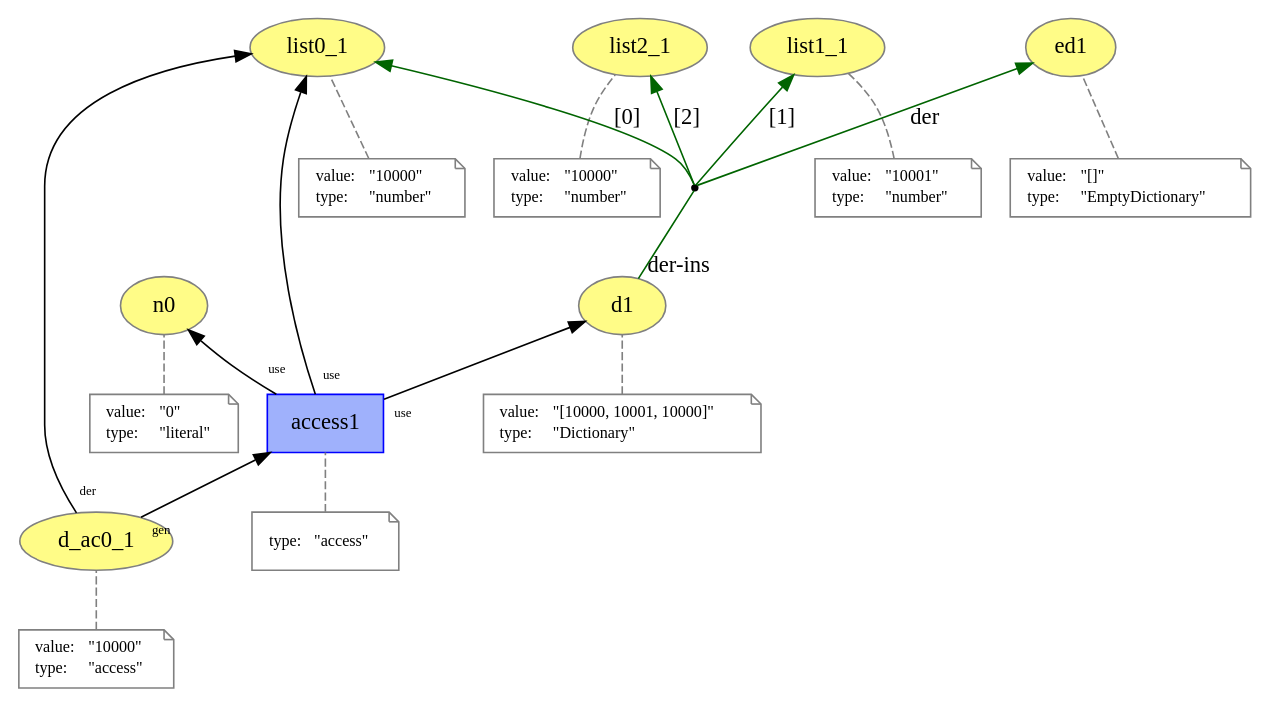
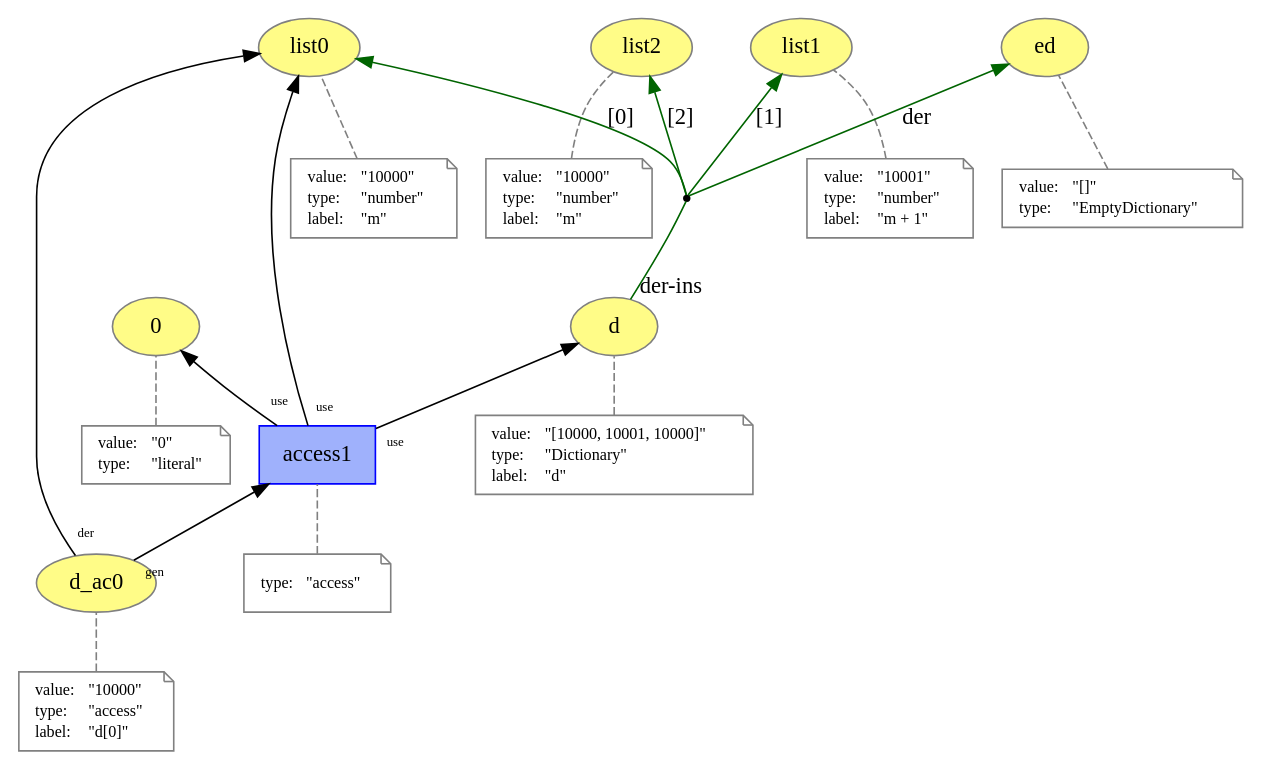
One commit to dew-uff/versioned-prov changed the diagram in prov_dictionary/access.dot. Above: the diagram before and after it, drawn with Graphviz. The commit also changed 51 other files, not shown here.

```diff
--- a/prov_dictionary/access.dot
+++ b/prov_dictionary/access.dot
@@ -1,105 +1,125 @@
 digraph "PROV" { size="16,12"; rankdir="BT";
-"http://example.org/list0_1" [fillcolor="#FFFC87",color="#808080",style="filled",label="list0_1",URL="http://example.org/list0_1"]
+"http://example.org/list0" [fillcolor="#FFFC87",color="#808080",style="filled",label="list0",URL="http://example.org/list0"]
 "-attrs0" [color="gray",shape="note",fontsize="10",fontcolor="black",label=<<TABLE cellpadding="0" border="0">
 	<TR>
 	    <TD align="left">value:</TD>
 	    <TD align="left">&quot;10000&quot;</TD>
 	</TR>
 	<TR>
 	    <TD align="left">type:</TD>
 	    <TD align="left">&quot;number&quot;</TD>
 	</TR>
+	<TR>
+	    <TD align="left">label:</TD>
+	    <TD align="left">&quot;m&quot;</TD>
+	</TR>
 </TABLE>>]
-"-attrs0" -> "http://example.org/list0_1" [color="gray",style="dashed",arrowhead="none"]
-"http://example.org/list1_1" [fillcolor="#FFFC87",color="#808080",style="filled",label="list1_1",URL="http://example.org/list1_1"]
+"-attrs0" -> "http://example.org/list0" [color="gray",style="dashed",arrowhead="none"]
+"http://example.org/list1" [fillcolor="#FFFC87",color="#808080",style="filled",label="list1",URL="http://example.org/list1"]
 "-attrs1" [color="gray",shape="note",fontsize="10",fontcolor="black",label=<<TABLE cellpadding="0" border="0">
 	<TR>
 	    <TD align="left">value:</TD>
 	    <TD align="left">&quot;10001&quot;</TD>
 	</TR>
 	<TR>
 	    <TD align="left">type:</TD>
 	    <TD align="left">&quot;number&quot;</TD>
 	</TR>
+	<TR>
+	    <TD align="left">label:</TD>
+	    <TD align="left">&quot;m + 1&quot;</TD>
+	</TR>
 </TABLE>>]
-"-attrs1" -> "http://example.org/list1_1" [color="gray",style="dashed",arrowhead="none"]
-"http://example.org/list2_1" [fillcolor="#FFFC87",color="#808080",style="filled",label="list2_1",URL="http://example.org/list2_1"]
+"-attrs1" -> "http://example.org/list1" [color="gray",style="dashed",arrowhead="none"]
+"http://example.org/list2" [fillcolor="#FFFC87",color="#808080",style="filled",label="list2",URL="http://example.org/list2"]
 "-attrs2" [color="gray",shape="note",fontsize="10",fontcolor="black",label=<<TABLE cellpadding="0" border="0">
 	<TR>
 	    <TD align="left">value:</TD>
 	    <TD align="left">&quot;10000&quot;</TD>
 	</TR>
 	<TR>
 	    <TD align="left">type:</TD>
 	    <TD align="left">&quot;number&quot;</TD>
 	</TR>
+	<TR>
+	    <TD align="left">label:</TD>
+	    <TD align="left">&quot;m&quot;</TD>
+	</TR>
 </TABLE>>]
-"-attrs2" -> "http://example.org/list2_1" [color="gray",style="dashed",arrowhead="none"]
-"http://example.org/ed1" [fillcolor="#FFFC87",color="#808080",style="filled",label="ed1",URL="http://example.org/ed1"]
+"-attrs2" -> "http://example.org/list2" [color="gray",style="dashed",arrowhead="none"]
+"http://example.org/ed" [fillcolor="#FFFC87",color="#808080",style="filled",label="ed",URL="http://example.org/ed"]
 "-attrs3" [color="gray",shape="note",fontsize="10",fontcolor="black",label=<<TABLE cellpadding="0" border="0">
 	<TR>
 	    <TD align="left">value:</TD>
 	    <TD align="left">&quot;[]&quot;</TD>
 	</TR>
 	<TR>
 	    <TD align="left">type:</TD>
 	    <TD align="left">&quot;EmptyDictionary&quot;</TD>
 	</TR>
 </TABLE>>]
-"-attrs3" -> "http://example.org/ed1" [color="gray",style="dashed",arrowhead="none"]
-"http://example.org/d1" [fillcolor="#FFFC87",color="#808080",style="filled",label="d1",URL="http://example.org/d1"]
+"-attrs3" -> "http://example.org/ed" [color="gray",style="dashed",arrowhead="none"]
+"http://example.org/d" [fillcolor="#FFFC87",color="#808080",style="filled",label="d",URL="http://example.org/d"]
 "-attrs4" [color="gray",shape="note",fontsize="10",fontcolor="black",label=<<TABLE cellpadding="0" border="0">
 	<TR>
 	    <TD align="left">value:</TD>
 	    <TD align="left">&quot;[10000, 10001, 10000]&quot;</TD>
 	</TR>
 	<TR>
 	    <TD align="left">type:</TD>
 	    <TD align="left">&quot;Dictionary&quot;</TD>
 	</TR>
+	<TR>
+	    <TD align="left">label:</TD>
+	    <TD align="left">&quot;d&quot;</TD>
+	</TR>
 </TABLE>>]
-"-attrs4" -> "http://example.org/d1" [color="gray",style="dashed",arrowhead="none"]
+"-attrs4" -> "http://example.org/d" [color="gray",style="dashed",arrowhead="none"]
 "bn0" [shape="point",label=""]
-"http://example.org/d1" -> "bn0" [arrowhead="none",taillabel="der-ins",color="darkgreen"]
-"bn0" -> "http://example.org/ed1" [labelfontsize="8",labeldistance="1.5",color="darkgreen",labelangle="60.0",rotation="20",label="der"]
-"bn0" -> "http://example.org/list0_1" [labelfontsize="8",labeldistance="1.5",color="darkgreen",labelangle="60.0",rotation="20",label="[0]"]
-"bn0" -> "http://example.org/list1_1" [labelfontsize="8",labeldistance="1.5",color="darkgreen",labelangle="60.0",rotation="20",label="[1]"]
-"bn0" -> "http://example.org/list2_1" [labelfontsize="8",labeldistance="1.5",color="darkgreen",labelangle="60.0",rotation="20",label="[2]"]
-"http://example.org/n0" [fillcolor="#FFFC87",color="#808080",style="filled",label="n0",URL="http://example.org/n0"]
+"http://example.org/d" -> "bn0" [arrowhead="none",taillabel="der-ins",color="darkgreen"]
+"bn0" -> "http://example.org/ed" [labelfontsize="8",labeldistance="1.5",color="darkgreen",labelangle="60.0",rotation="20",label="der"]
+"bn0" -> "http://example.org/list0" [labelfontsize="8",labeldistance="1.5",color="darkgreen",labelangle="60.0",rotation="20",label="[0]"]
+"bn0" -> "http://example.org/list1" [labelfontsize="8",labeldistance="1.5",color="darkgreen",labelangle="60.0",rotation="20",label="[1]"]
+"bn0" -> "http://example.org/list2" [labelfontsize="8",labeldistance="1.5",color="darkgreen",labelangle="60.0",rotation="20",label="[2]"]
+"http://example.org/0" [fillcolor="#FFFC87",color="#808080",style="filled",label="0",URL="http://example.org/0"]
 "-attrs5" [color="gray",shape="note",fontsize="10",fontcolor="black",label=<<TABLE cellpadding="0" border="0">
 	<TR>
 	    <TD align="left">value:</TD>
 	    <TD align="left">&quot;0&quot;</TD>
 	</TR>
 	<TR>
 	    <TD align="left">type:</TD>
 	    <TD align="left">&quot;literal&quot;</TD>
 	</TR>
 </TABLE>>]
-"-attrs5" -> "http://example.org/n0" [color="gray",style="dashed",arrowhead="none"]
-"http://example.org/d_ac0_1" [fillcolor="#FFFC87",color="#808080",style="filled",label="d_ac0_1",URL="http://example.org/d_ac0_1"]
+"-attrs5" -> "http://example.org/0" [color="gray",style="dashed",arrowhead="none"]
+"http://example.org/d_ac0" [fillcolor="#FFFC87",color="#808080",style="filled",label="d_ac0",URL="http://example.org/d_ac0"]
 "-attrs6" [color="gray",shape="note",fontsize="10",fontcolor="black",label=<<TABLE cellpadding="0" border="0">
 	<TR>
 	    <TD align="left">value:</TD>
 	    <TD align="left">&quot;10000&quot;</TD>
 	</TR>
 	<TR>
 	    <TD align="left">type:</TD>
 	    <TD align="left">&quot;access&quot;</TD>
 	</TR>
+	<TR>
+	    <TD align="left">label:</TD>
+	    <TD align="left">&quot;d[0]&quot;</TD>
+	</TR>
 </TABLE>>]
-"-attrs6" -> "http://example.org/d_ac0_1" [color="gray",style="dashed",arrowhead="none"]
+"-attrs6" -> "http://example.org/d_ac0" [color="gray",style="dashed",arrowhead="none"]
 "http://example.org/access1" [fillcolor="#9FB1FC",color="#0000FF",shape="polygon",sides="4",style="filled",label="access1",URL="http://example.org/access1"]
 "-attrs7" [color="gray",shape="note",fontsize="10",fontcolor="black",label=<<TABLE cellpadding="0" border="0">
 	<TR>
 	    <TD align="left">type:</TD>
 	    <TD align="left">&quot;access&quot;</TD>
 	</TR>
 </TABLE>>]
 "-attrs7" -> "http://example.org/access1" [color="gray",style="dashed",arrowhead="none"]
-"http://example.org/access1" -> "http://example.org/d1" [labelfontsize="8",labeldistance="1.5",labelangle="60.0",rotation="20",taillabel="use"]
-"http://example.org/access1" -> "http://example.org/n0" [labelfontsize="8",labeldistance="1.5",labelangle="60.0",rotation="20",taillabel="use"]
-"http://example.org/access1" -> "http://example.org/list0_1" [labelfontsize="8",labeldistance="1.5",labelangle="60.0",rotation="20",taillabel="use"]
-"http://example.org/d_ac0_1" -> "http://example.org/access1" [labelfontsize="8",labeldistance="1.5",labelangle="60.0",rotation="20",taillabel="gen"]
-"http://example.org/d_ac0_1" -> "http://example.org/list0_1" [labelfontsize="8",labeldistance="1.5",labelangle="60.0",rotation="20",taillabel="der"]
+"http://example.org/access1" -> "http://example.org/d" [labelfontsize="8",labeldistance="1.5",labelangle="60.0",rotation="20",taillabel="use"]
+"http://example.org/access1" -> "http://example.org/0" [labelfontsize="8",labeldistance="1.5",labelangle="60.0",rotation="20",taillabel="use"]
+"http://example.org/access1" -> "http://example.org/list0" [labelfontsize="8",labeldistance="1.5",labelangle="60.0",rotation="20",taillabel="use"]
+"http://example.org/d_ac0" -> "http://example.org/access1" [labelfontsize="8",labeldistance="1.5",labelangle="60.0",rotation="20",taillabel="gen"]
+"http://example.org/d_ac0" -> "http://example.org/list0" [labelfontsize="8",labeldistance="1.5",labelangle="60.0",rotation="20",taillabel="der"]
 }
```
